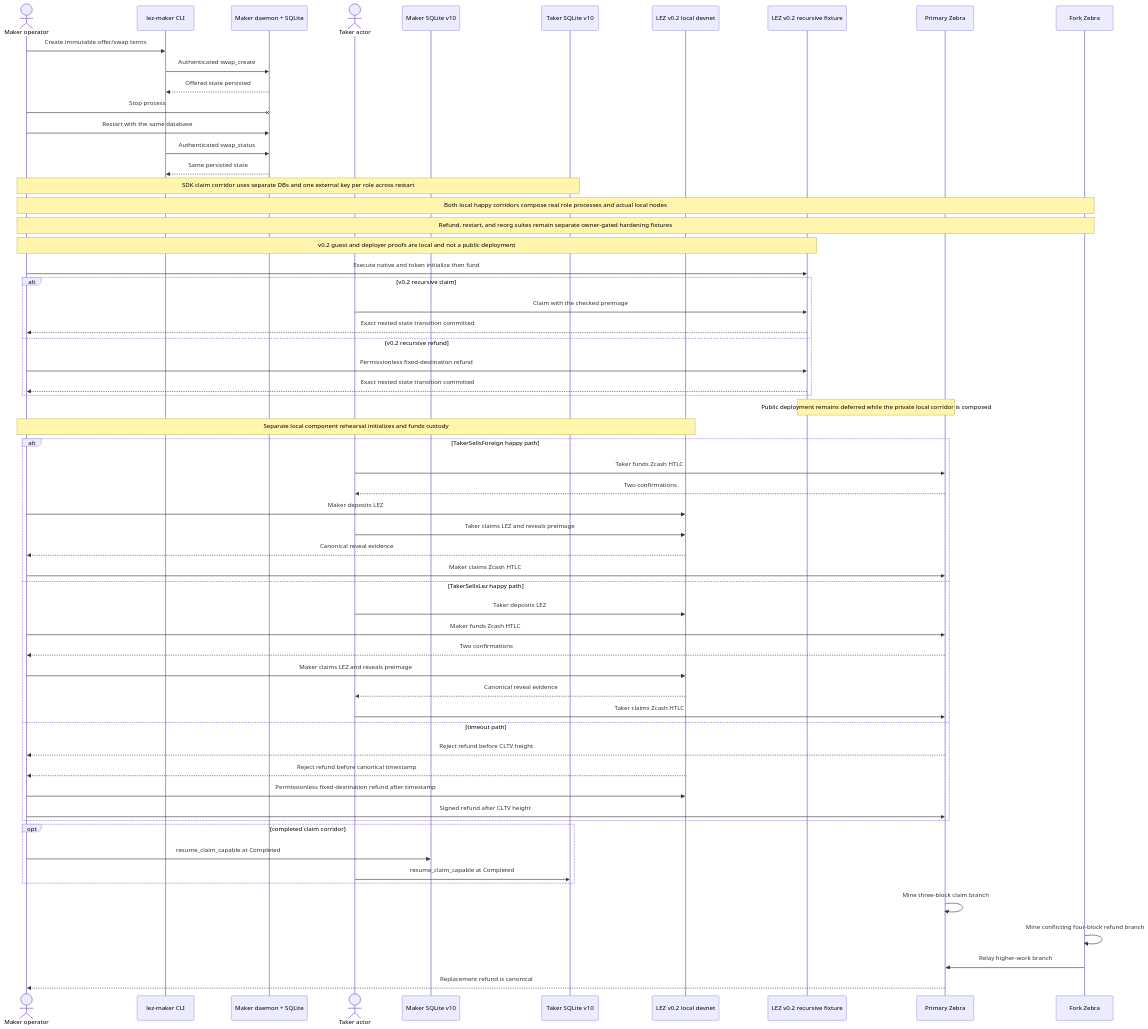
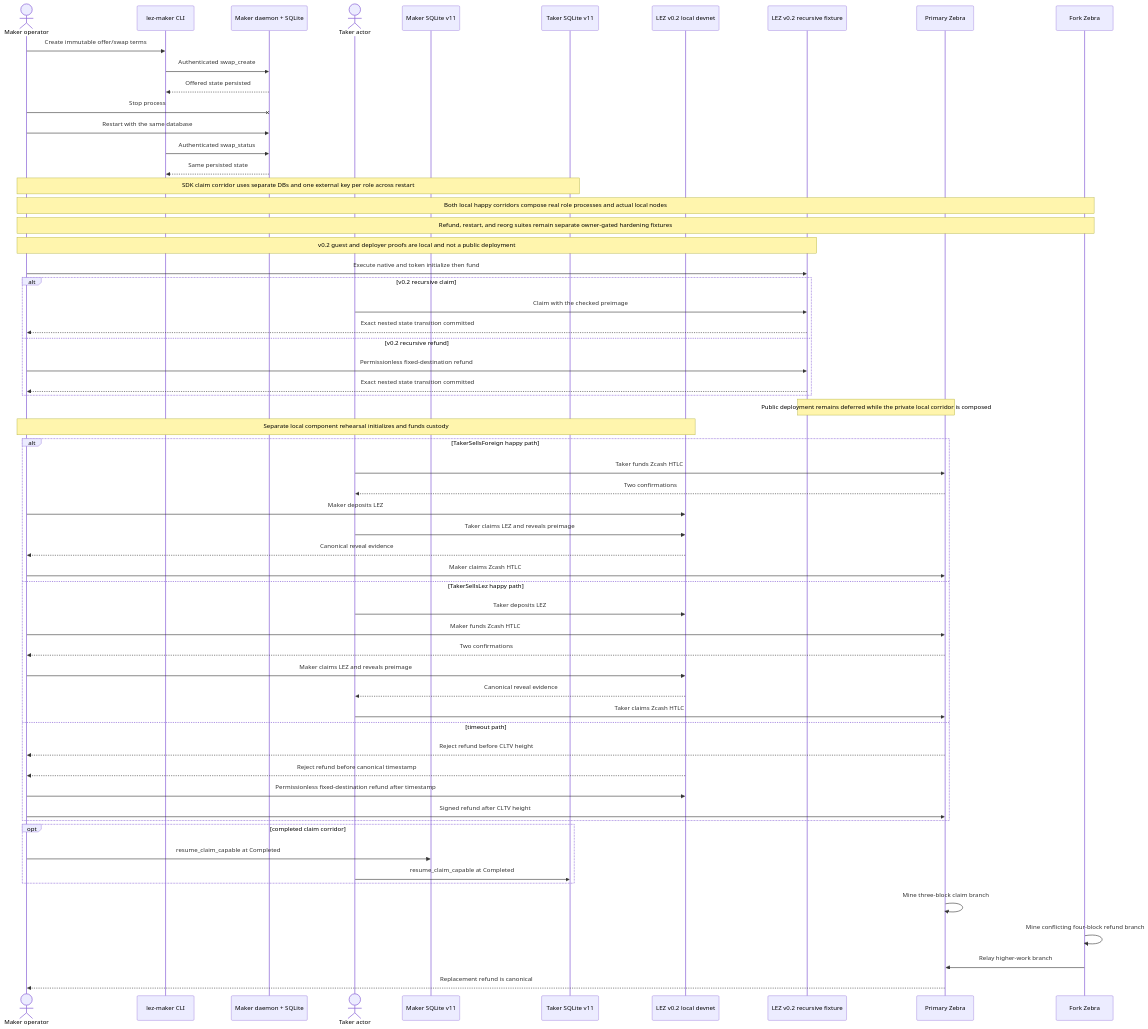
Before and after one commit to gateway-fm/lez-atomic-swaps: the first of 2 diagrams in docs/manual-user-flows.md, drawn with Mermaid. The commit also changed other lines of this file and 18 other files, not shown here.

````diff
--- a/docs/manual-user-flows.md
+++ b/docs/manual-user-flows.md
@@ -866,64 +866,64 @@
 ```mermaid
 sequenceDiagram
     actor Operator as Maker operator
     participant CLI as lez-maker CLI
     participant Daemon as Maker daemon + SQLite
     actor Taker as Taker actor
-    participant MakerDB as Maker SQLite v10
-    participant TakerDB as Taker SQLite v10
+    participant MakerDB as Maker SQLite v11
+    participant TakerDB as Taker SQLite v11
     participant LEZ as LEZ v0.2 local devnet
     participant V02 as LEZ v0.2 recursive fixture
     participant Z1 as Primary Zebra
     participant Z2 as Fork Zebra
 
     Operator->>CLI: Create immutable offer/swap terms
     CLI->>Daemon: Authenticated swap_create
     Daemon-->>CLI: Offered state persisted
     Operator-xDaemon: Stop process
     Operator->>Daemon: Restart with the same database
     CLI->>Daemon: Authenticated swap_status
     Daemon-->>CLI: Same persisted state
 
     Note over Operator,TakerDB: SDK claim corridor uses separate DBs and one external key per role across restart
     Note over Operator,Z2: Both local happy corridors compose real role processes and actual local nodes
     Note over Operator,Z2: Refund, restart, and reorg suites remain separate owner-gated hardening fixtures
     Note over Operator,V02: v0.2 guest and deployer proofs are local and not a public deployment
     Operator->>V02: Execute native and token initialize then fund
     alt v0.2 recursive claim
         Taker->>V02: Claim with the checked preimage
         V02-->>Operator: Exact nested state transition committed
     else v0.2 recursive refund
         Operator->>V02: Permissionless fixed-destination refund
         V02-->>Operator: Exact nested state transition committed
     end
     Note over V02,Z1: Public deployment remains deferred while the private local corridor is composed
     Note over Operator,LEZ: Separate local component rehearsal initializes and funds custody
     alt TakerSellsForeign happy path
         Taker->>Z1: Taker funds Zcash HTLC
         Z1-->>Taker: Two confirmations
         Operator->>LEZ: Maker deposits LEZ
         Taker->>LEZ: Taker claims LEZ and reveals preimage
         LEZ-->>Operator: Canonical reveal evidence
         Operator->>Z1: Maker claims Zcash HTLC
     else TakerSellsLez happy path
         Taker->>LEZ: Taker deposits LEZ
         Operator->>Z1: Maker funds Zcash HTLC
         Z1-->>Operator: Two confirmations
         Operator->>LEZ: Maker claims LEZ and reveals preimage
         LEZ-->>Taker: Canonical reveal evidence
         Taker->>Z1: Taker claims Zcash HTLC
     else timeout path
         Z1-->>Operator: Reject refund before CLTV height
         LEZ-->>Operator: Reject refund before canonical timestamp
         Operator->>LEZ: Permissionless fixed-destination refund after timestamp
         Operator->>Z1: Signed refund after CLTV height
     end
     opt completed claim corridor
         Operator->>MakerDB: resume_claim_capable at Completed
         Taker->>TakerDB: resume_claim_capable at Completed
     end
     Z1->>Z1: Mine three-block claim branch
     Z2->>Z2: Mine conflicting four-block refund branch
     Z2->>Z1: Relay higher-work branch
     Z1-->>Operator: Replacement refund is canonical
 ```
````
